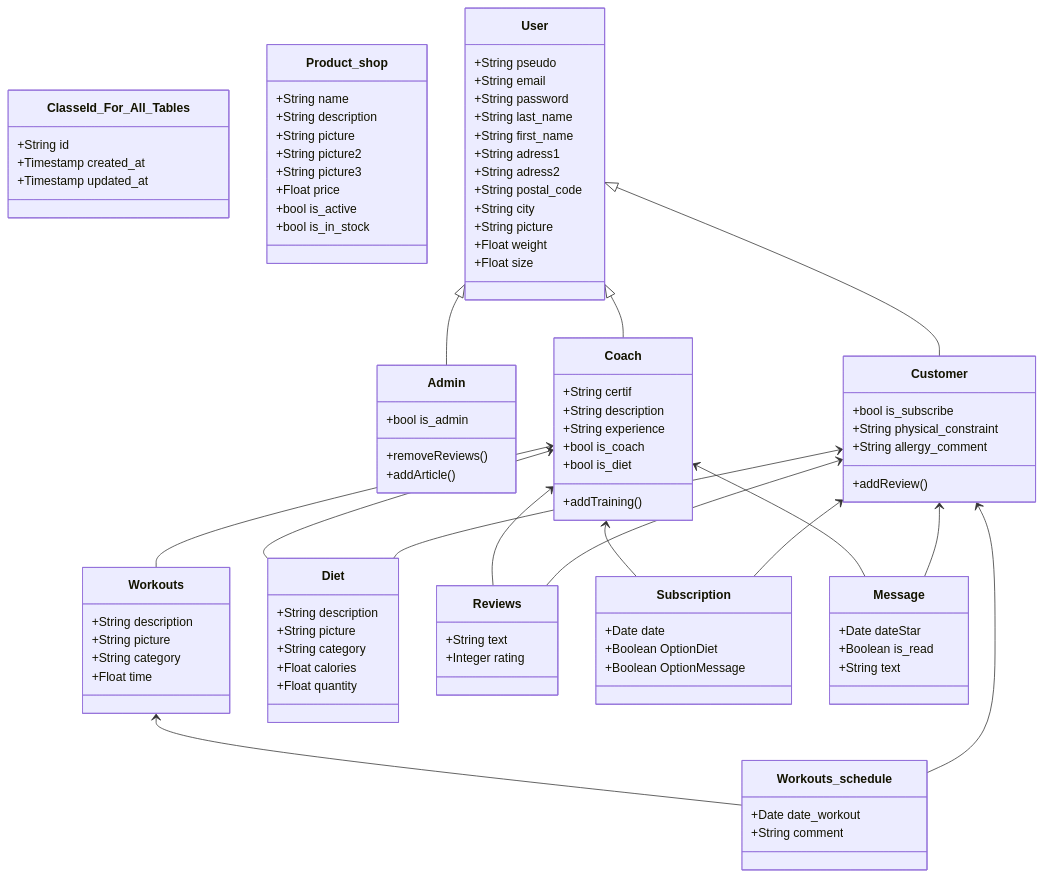
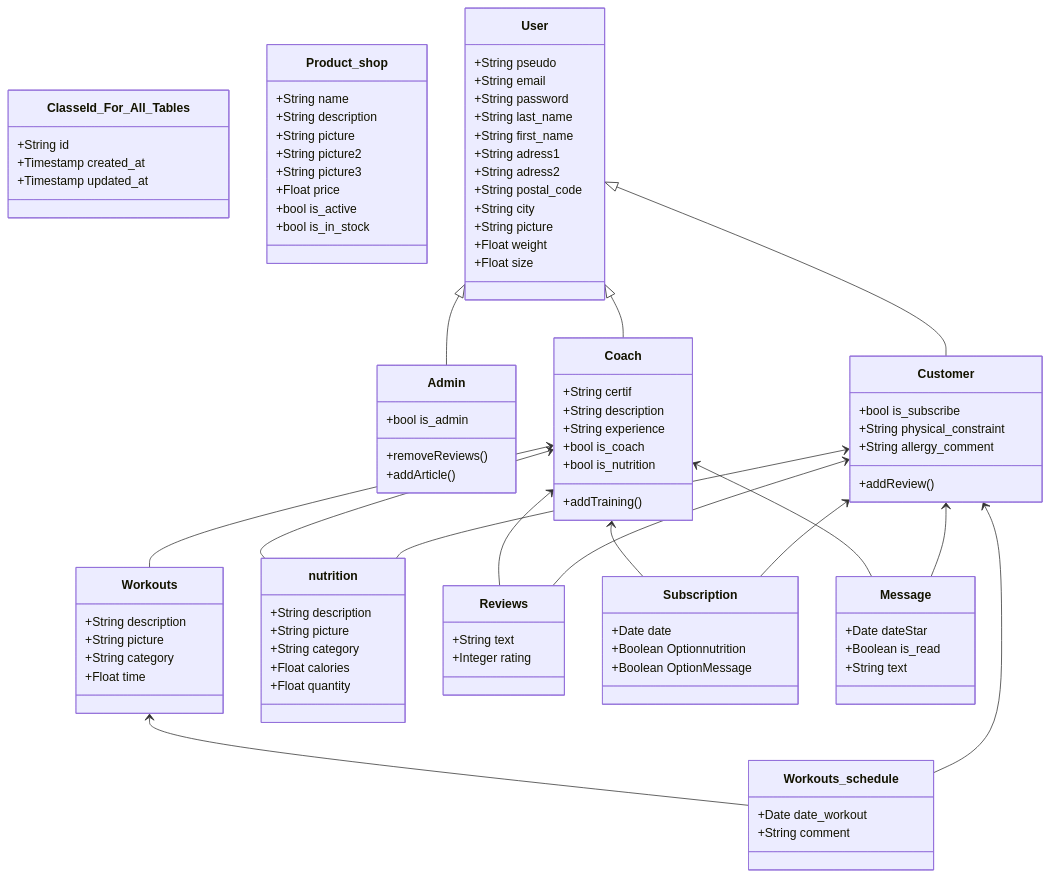
Before and after one commit to Genia888/FitnessHub: the diagram in Documentation/(Stage 3) Technical Documentation.md, drawn with Mermaid. The commit also changed other lines of this file and 17 other files, not shown here.

```diff
--- a/Documentation/(Stage 3) Technical Documentation.md
+++ b/Documentation/(Stage 3) Technical Documentation.md
@@ -128,7 +128,7 @@
       +Float time
     }
 
-    class Diet {
+    class nutrition {
       +String description
       +String picture
       +String category<Protein,Carbs,Fats,...>
@@ -164,13 +164,13 @@
 	    +String description
 	    +String experience
 	    +bool is_coach
-	    +bool is_diet
+	    +bool is_nutrition
 	    +addTraining()
     }
 
     class Subscription {
 	    +Date date
-	    +Boolean OptionDiet
+	    +Boolean Optionnutrition
 	    +Boolean OptionMessage
     }
 
@@ -184,8 +184,8 @@
     Workouts <-- Workouts_schedule
     Customer <-- Workouts_schedule
     Coach <-- Workouts
-    Coach <-- Diet
-    Customer <-- Diet
+    Coach <-- nutrition
+    Customer <-- nutrition
     User <|-- Admin
     User <|-- Customer
     User <|-- Coach
```
